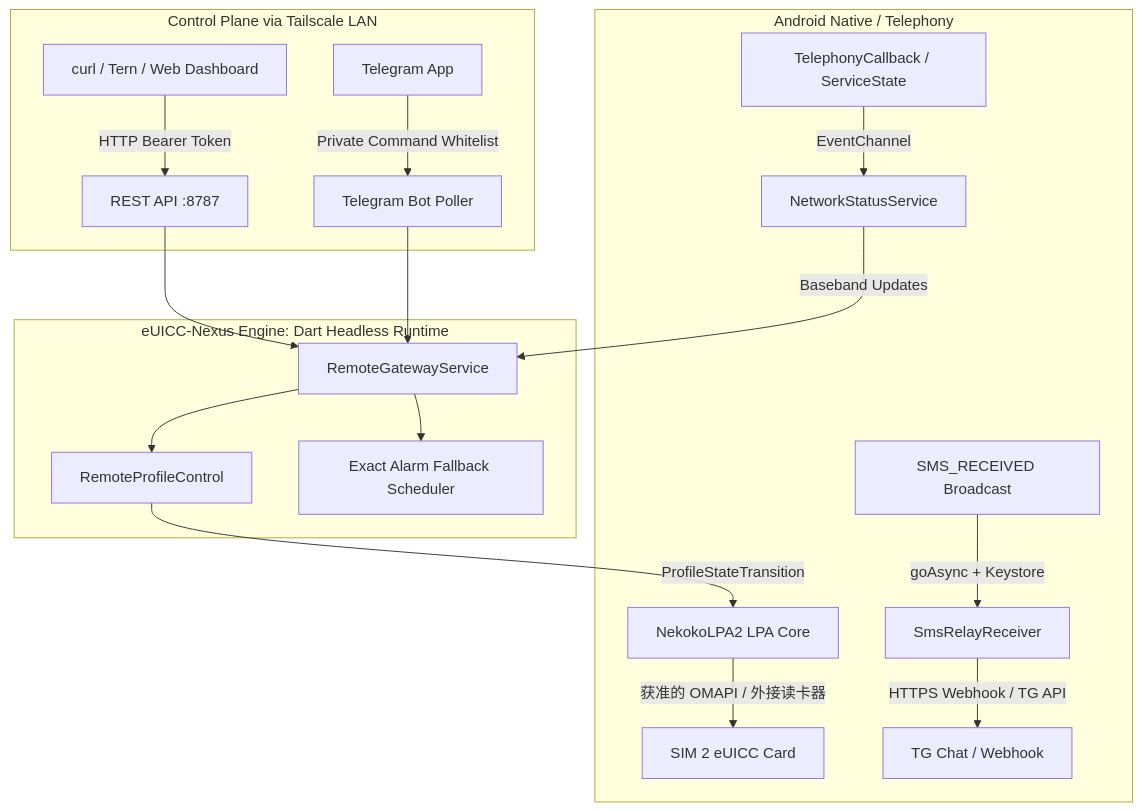
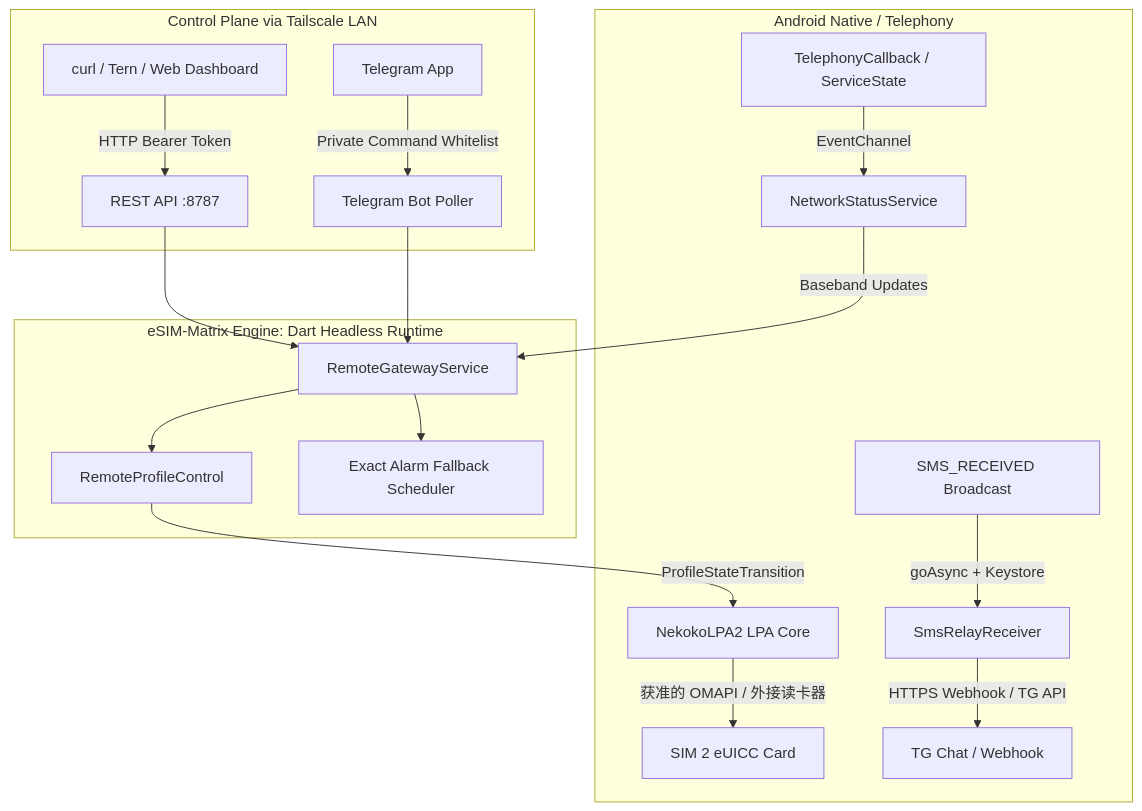
One commit to hg552/eSIM-Matrix changed the first of 2 diagrams in design.md. Above: the diagram before and after it, drawn with Mermaid. The commit also changed other lines of this file and 28 other files, not shown here.

Commit message:
chore(release): rebrand to eSIM-Matrix v1.4.0 and repoint to hg552/eSIM-Matrix

````diff
--- a/design.md
+++ b/design.md
@@ -28,23 +28,23 @@
 ```mermaid
 flowchart TD
     subgraph 远端控制面 [Control Plane via Tailscale LAN]
         Client[curl / Tern / Web Dashboard] -->|HTTP Bearer Token| RestAPI[REST API :8787]
         TGUser[Telegram App] -->|Private Command Whitelist| TGBot[Telegram Bot Poller]
     end
 
-    subgraph 守护网关核心 [eUICC-Nexus Engine: Dart Headless Runtime]
+    subgraph 守护网关核心 [eSIM-Matrix Engine: Dart Headless Runtime]
         RestAPI --> GatewayService[RemoteGatewayService]
         TGBot --> GatewayService
         GatewayService --> ProfileCtrl[RemoteProfileControl]
         GatewayService --> AlarmMgr[Exact Alarm Fallback Scheduler]
     end
 
     subgraph Android 原生与基带监控 [Android Native / Telephony]
         ProfileCtrl -->|ProfileStateTransition| LpaCore[NekokoLPA2 LPA Core]
         LpaCore -->|获准的 OMAPI / 外接读卡器| EuiccChip[SIM 2 eUICC Card]
         TelephonyCallback[TelephonyCallback / ServiceState] -->|EventChannel| NetService[NetworkStatusService]
         NetService -->|Baseband Updates| GatewayService
         SMSBroadcast[SMS_RECEIVED Broadcast] -->|goAsync + Keystore| SmsRelay[SmsRelayReceiver]
         SmsRelay -->|HTTPS Webhook / TG API| PushDest[TG Chat / Webhook]
     end
 ```
````
